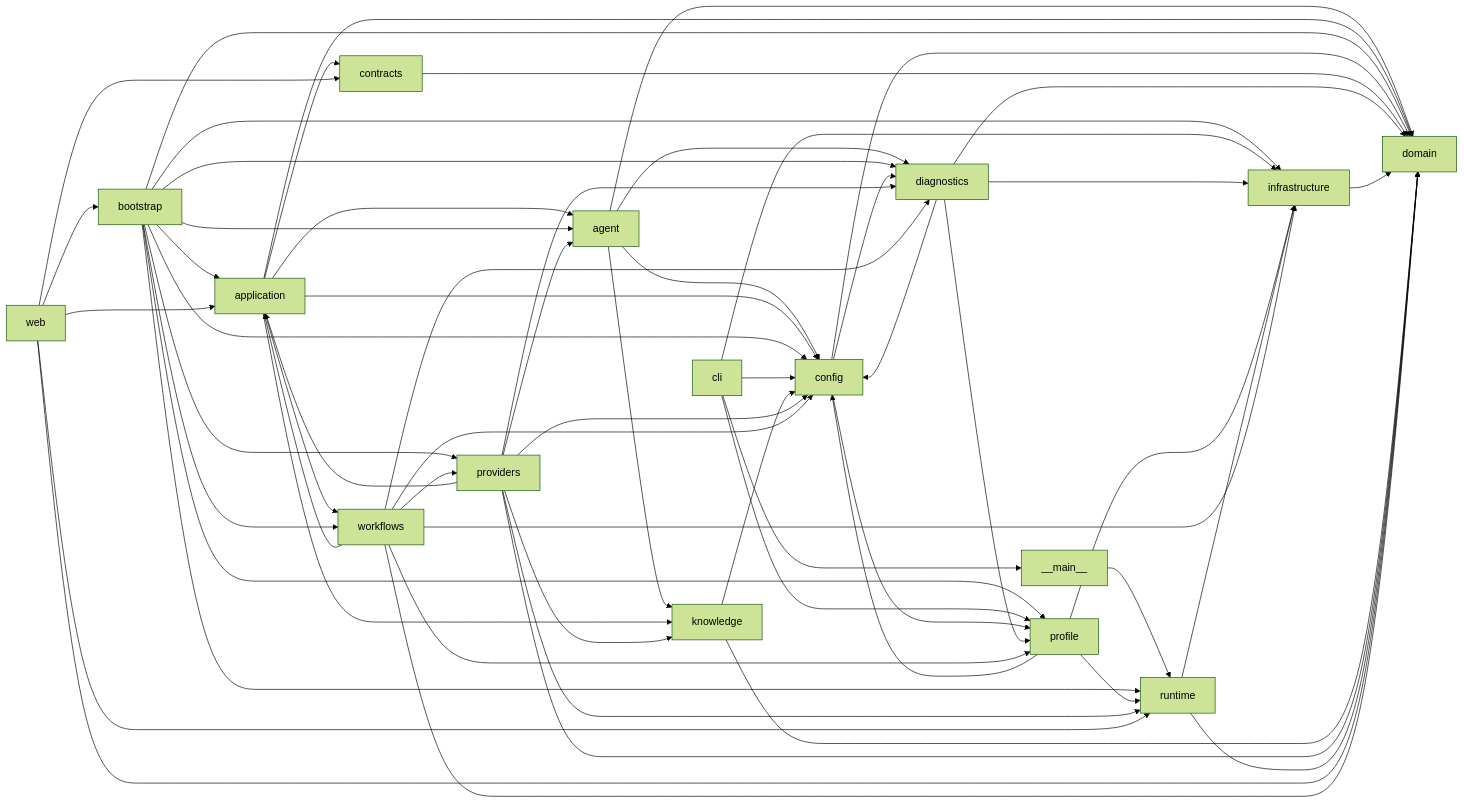
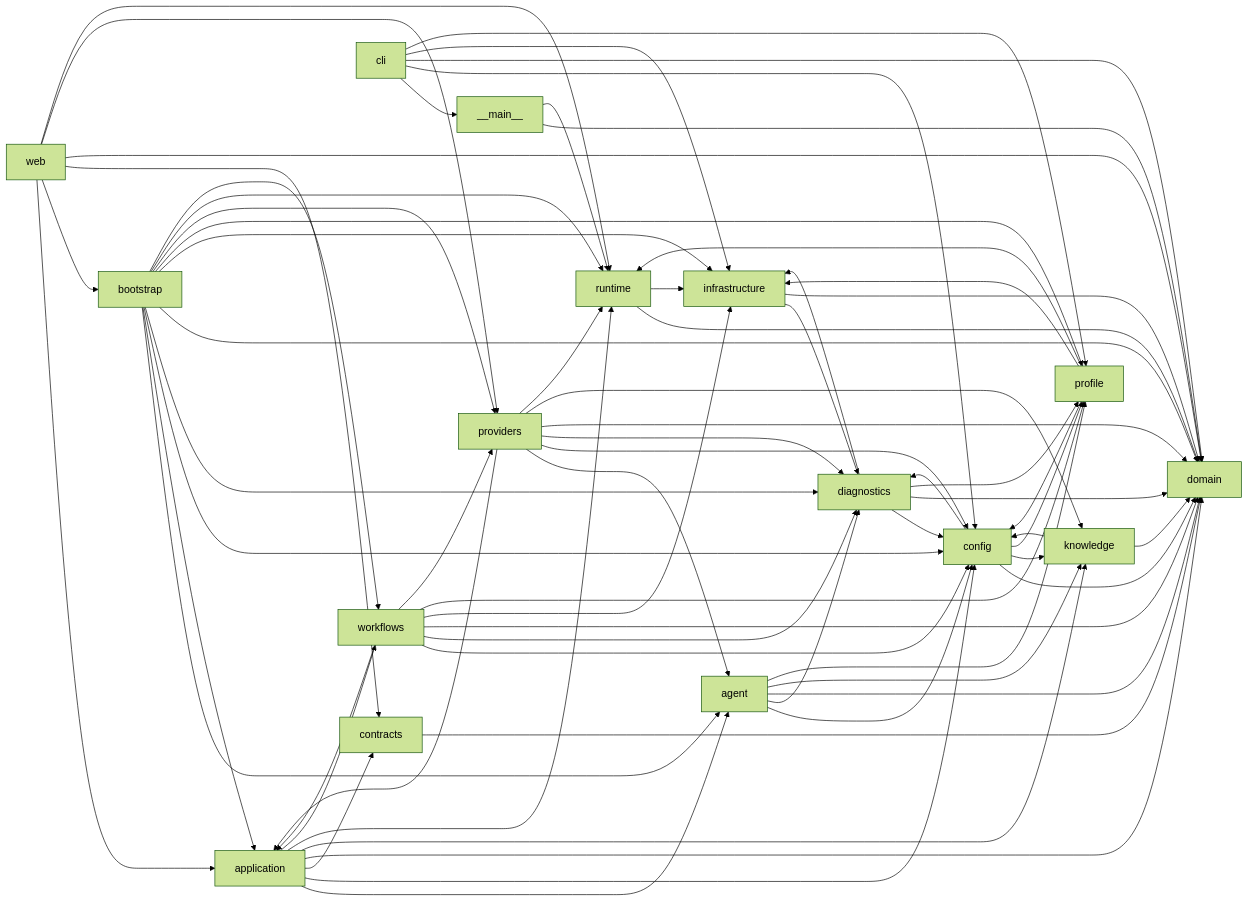
One commit to meltiseugen/KAI---Klipper-AI-Agent changed the diagram in docs/generated/dependencies.mmd. Above: the diagram before and after it, drawn with Mermaid (forest theme). The commit also changed 326 other files, not shown here.

```diff
--- a/docs/generated/dependencies.mmd
+++ b/docs/generated/dependencies.mmd
@@ -1,62 +1,69 @@
 flowchart LR
     %% Generated import direction: importer --> dependency
+    __main__ --> domain
     __main__ --> runtime
     agent --> config
     agent --> diagnostics
     agent --> domain
     agent --> knowledge
+    agent --> profile
     application --> agent
     application --> config
     application --> contracts
     application --> domain
     application --> knowledge
+    application --> runtime
     application --> workflows
     bootstrap --> agent
     bootstrap --> application
     bootstrap --> config
     bootstrap --> diagnostics
     bootstrap --> domain
     bootstrap --> infrastructure
     bootstrap --> profile
     bootstrap --> providers
     bootstrap --> runtime
     bootstrap --> workflows
     cli --> __main__
     cli --> config
+    cli --> domain
     cli --> infrastructure
     cli --> profile
     config --> diagnostics
     config --> domain
+    config --> knowledge
     config --> profile
     contracts --> domain
     diagnostics --> config
     diagnostics --> domain
     diagnostics --> infrastructure
     diagnostics --> profile
+    infrastructure --> diagnostics
     infrastructure --> domain
     knowledge --> config
     knowledge --> domain
     profile --> config
     profile --> infrastructure
     profile --> runtime
     providers --> agent
     providers --> application
     providers --> config
     providers --> diagnostics
     providers --> domain
     providers --> knowledge
     providers --> runtime
     runtime --> domain
     runtime --> infrastructure
     web --> application
     web --> bootstrap
     web --> contracts
     web --> domain
+    web --> providers
     web --> runtime
     workflows --> application
     workflows --> config
     workflows --> diagnostics
     workflows --> domain
     workflows --> infrastructure
     workflows --> profile
     workflows --> providers
```
